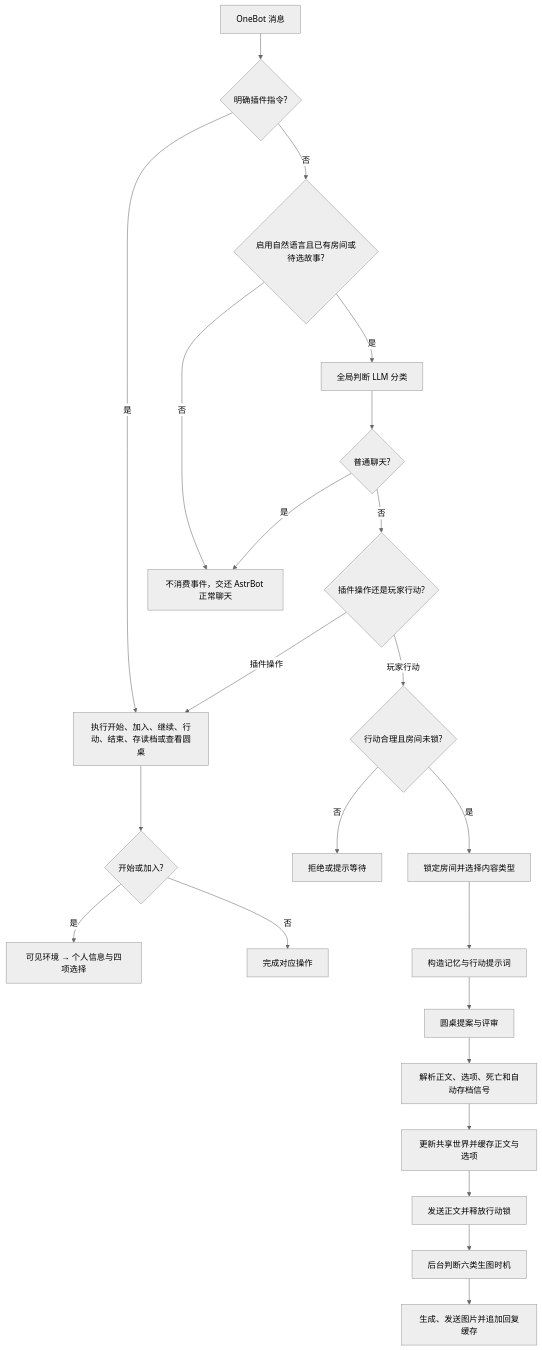
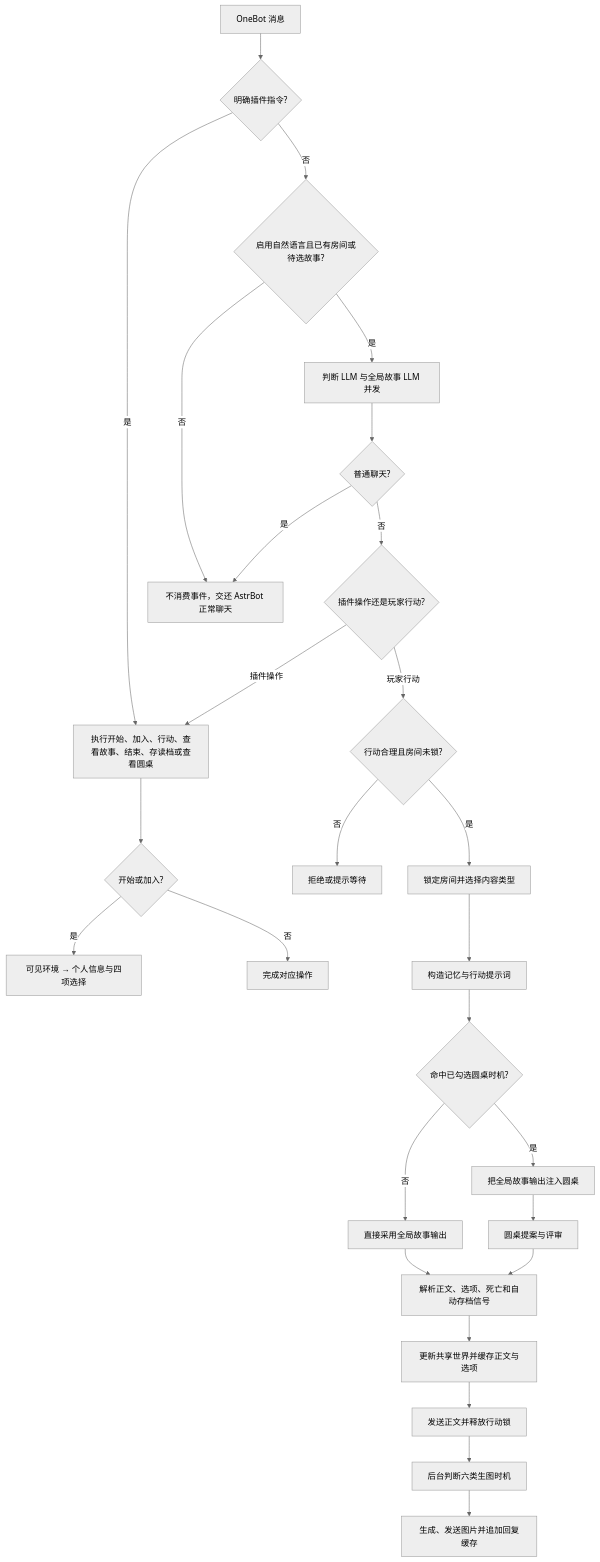
The diagram in docs/ARCHITECTURE.md (Lan-0v0/astrbot_plugin_ai_interactive_fiction), drawn with Mermaid (neutral theme) before and after one commit. The commit also changed other lines of this file and 17 other files, not shown here.

````diff
--- a/docs/ARCHITECTURE.md
+++ b/docs/ARCHITECTURE.md
@@ -7,25 +7,29 @@
 ```mermaid
 flowchart TD
     A["OneBot 消息"] --> B{"明确插件指令?"}
-    B -- 是 --> C["执行开始、加入、继续、行动、结束、存读档或查看圆桌"]
+    B -- 是 --> C["执行开始、加入、行动、查看故事、结束、存读档或查看圆桌"]
     B -- 否 --> D{"启用自然语言且已有房间或待选故事?"}
     D -- 否 --> E["不消费事件，交还 AstrBot 正常聊天"]
-    D -- 是 --> F["全局判断 LLM 分类"]
+    D -- 是 --> F["判断 LLM 与全局故事 LLM 并发"]
     F --> G{"普通聊天?"}
     G -- 是 --> E
     G -- 否 --> H{"插件操作还是玩家行动?"}
     H -- 插件操作 --> C
     C --> C0{"开始或加入?"}
     C0 -- 是 --> C1["可见环境 → 个人信息与四项选择"]
     C0 -- 否 --> C2["完成对应操作"]
     H -- 玩家行动 --> I{"行动合理且房间未锁?"}
     I -- 否 --> J["拒绝或提示等待"]
     I -- 是 --> K["锁定房间并选择内容类型"]
     K --> L["构造记忆与行动提示词"]
-    L --> M["圆桌提案与评审"]
-    M --> N["解析正文、选项、死亡和自动存档信号"]
+    L --> M{"命中已勾选圆桌时机?"}
+    M -- 否 --> M0["直接采用全局故事输出"]
+    M -- 是 --> M1["把全局故事输出注入圆桌"]
+    M1 --> M2["圆桌提案与评审"]
+    M0 --> N["解析正文、选项、死亡和自动存档信号"]
+    M2 --> N
     N --> O["更新共享世界并缓存正文与选项"]
     O --> P["发送正文并释放行动锁"]
     P --> Q["后台判断六类生图时机"]
     Q --> R["生成、发送图片并追加回复缓存"]
 ```
````
